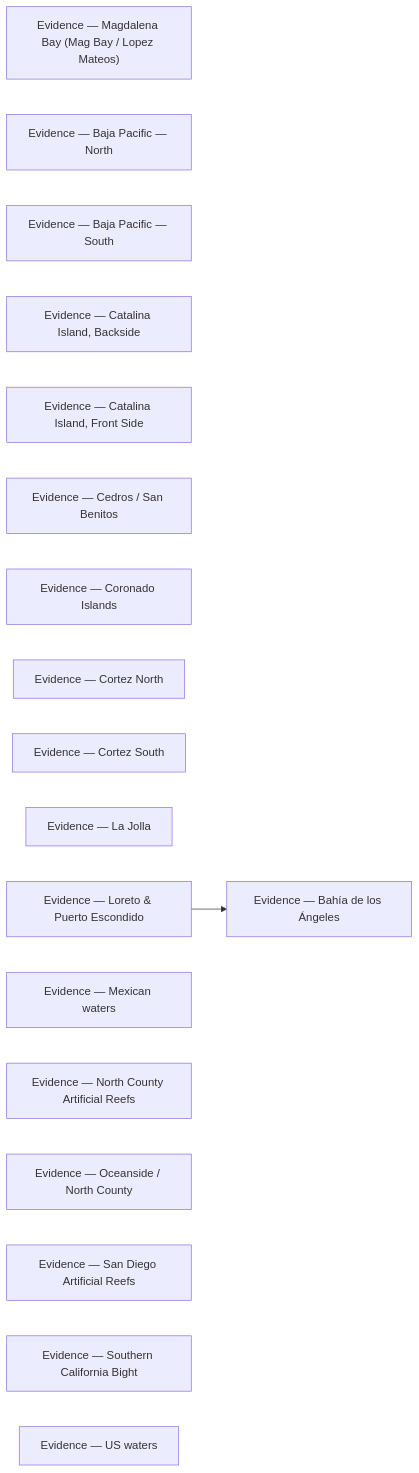
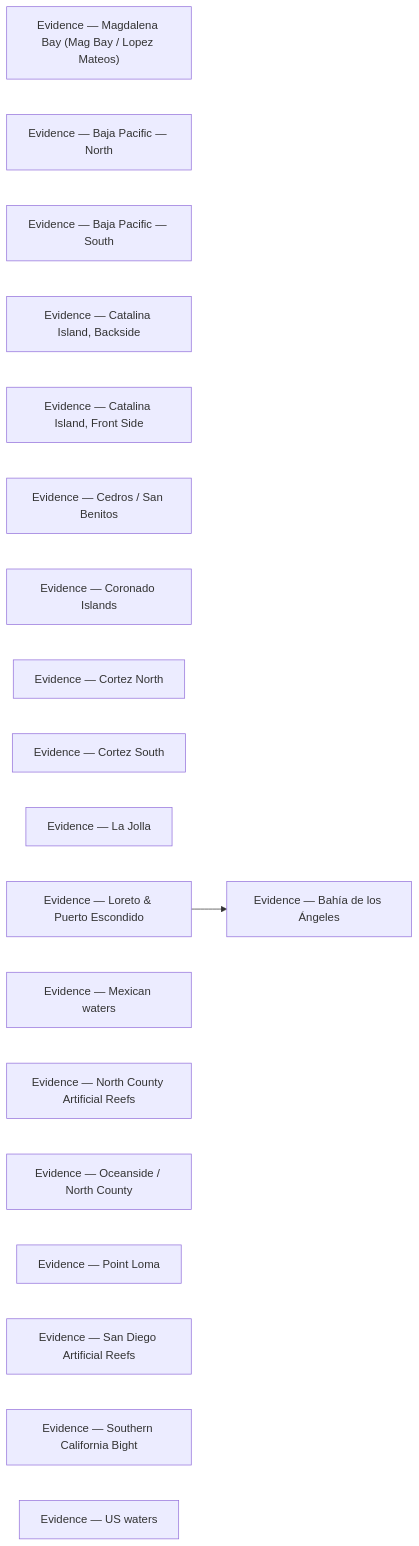
Before and after one commit to camchuckpete-max/Socal-Fishing-Knowledge: the diagram in locations/evidence/README.md, drawn with Mermaid. The commit also changed other lines of this file and 81 other files, not shown here.

Commit message:
review: locations/point-loma.md — transformed

````diff
--- a/locations/evidence/README.md
+++ b/locations/evidence/README.md
@@ -31,22 +32,23 @@
 ```mermaid
 graph LR
   n0["Evidence — Bahía de los Ángeles"]
   n1["Evidence — Magdalena Bay (Mag Bay / Lopez Mateos)"]
   n2["Evidence — Baja Pacific — North"]
   n3["Evidence — Baja Pacific — South"]
   n4["Evidence — Catalina Island, Backside"]
   n5["Evidence — Catalina Island, Front Side"]
   n6["Evidence — Cedros / San Benitos"]
   n7["Evidence — Coronado Islands"]
   n8["Evidence — Cortez North"]
   n9["Evidence — Cortez South"]
   n10["Evidence — La Jolla"]
   n11["Evidence — Loreto & Puerto Escondido"]
   n12["Evidence — Mexican waters"]
   n13["Evidence — North County Artificial Reefs"]
   n14["Evidence — Oceanside / North County"]
-  n15["Evidence — San Diego Artificial Reefs"]
-  n16["Evidence — Southern California Bight"]
-  n17["Evidence — US waters"]
+  n15["Evidence — Point Loma"]
+  n16["Evidence — San Diego Artificial Reefs"]
+  n17["Evidence — Southern California Bight"]
+  n18["Evidence — US waters"]
   n11 --> n0
 ```
````
